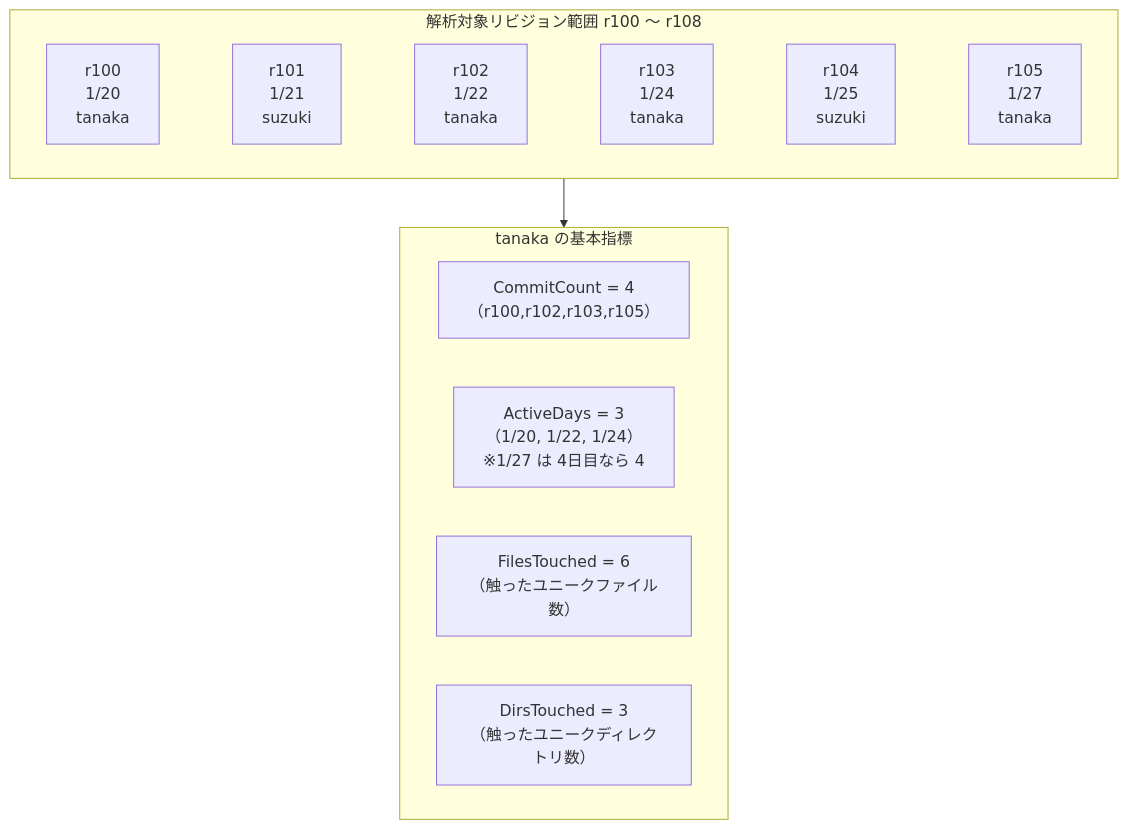
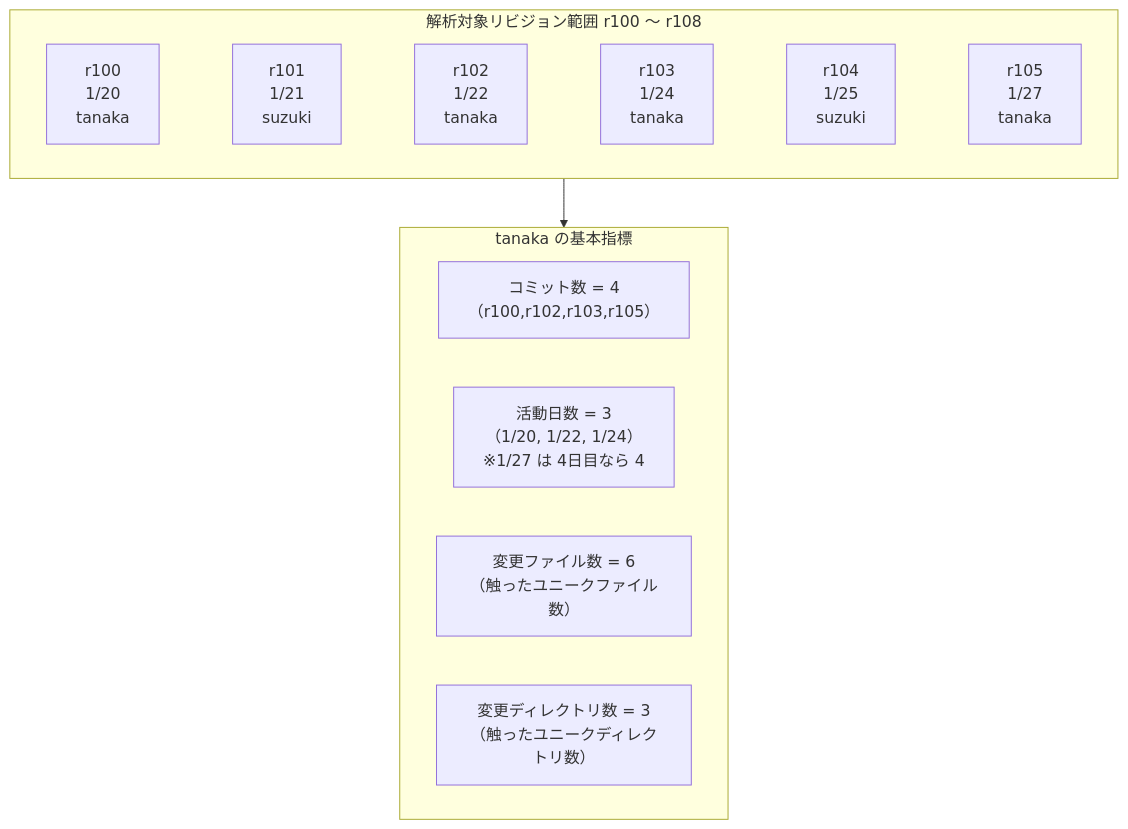
The second of 15 diagrams in docs/metrics_guide.md (horiyamayoh/NarutoCode), drawn with Mermaid before and after one commit. The commit also changed other lines of this file and 4 other files, not shown here.

````diff
--- a/docs/metrics_guide.md
+++ b/docs/metrics_guide.md
@@ -93,22 +93,22 @@
 ```mermaid
 flowchart TB
     subgraph RANGE["解析対象リビジョン範囲 r100 〜 r108"]
         direction LR
         R100["r100\n1/20\ntanaka"]
         R101["r101\n1/21\nsuzuki"]
         R102["r102\n1/22\ntanaka"]
         R103["r103\n1/24\ntanaka"]
         R104["r104\n1/25\nsuzuki"]
         R105["r105\n1/27\ntanaka"]
         R100 ~~~ R101 ~~~ R102 ~~~ R103 ~~~ R104 ~~~ R105
     end
 
     subgraph TANAKA["tanaka の基本指標"]
-        CC["CommitCount = 4\n（r100,r102,r103,r105）"]
-        AD["ActiveDays = 3\n（1/20, 1/22, 1/24）\n※1/27 は 4日目なら 4"]
-        FT["FilesTouched = 6\n（触ったユニークファイル数）"]
-        DT["DirsTouched = 3\n（触ったユニークディレクトリ数）"]
+        CC["コミット数 = 4\n（r100,r102,r103,r105）"]
+        AD["活動日数 = 3\n（1/20, 1/22, 1/24）\n※1/27 は 4日目なら 4"]
+        FT["変更ファイル数 = 6\n（触ったユニークファイル数）"]
+        DT["変更ディレクトリ数 = 3\n（触ったユニークディレクトリ数）"]
     end
 
     RANGE --> TANAKA
 ```
````
